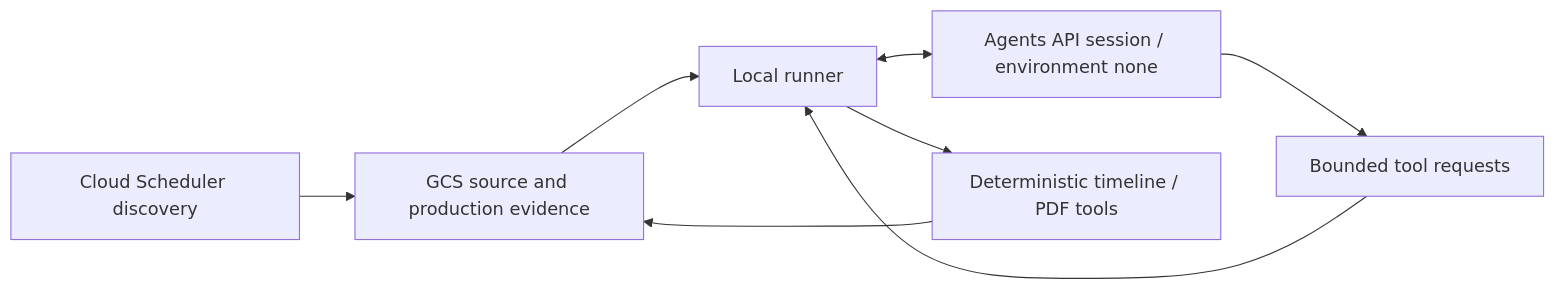
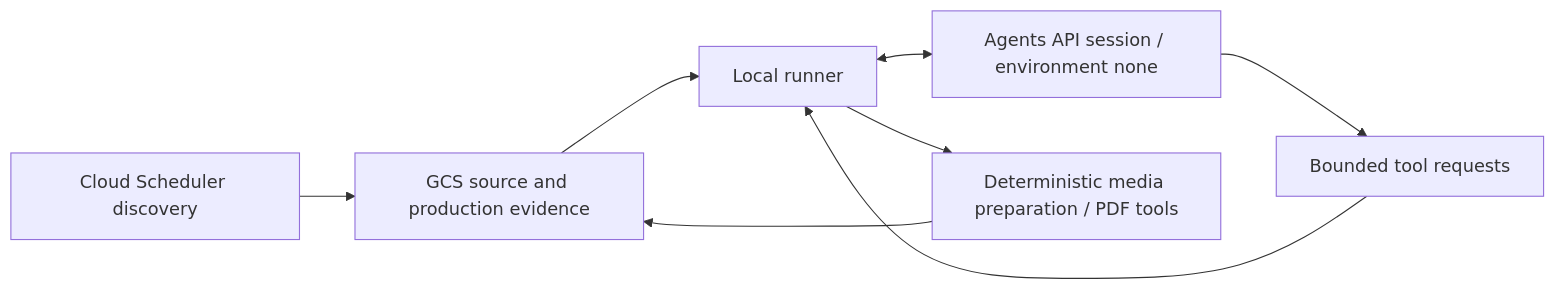
Before and after one commit to JonathanJing/sermon-video-zh-subtitles: the diagram in docs/sermon-production-supervisor-agent.md, drawn with Mermaid. The commit also changed other lines of this file and 29 other files, not shown here.

````diff
--- a/docs/sermon-production-supervisor-agent.md
+++ b/docs/sermon-production-supervisor-agent.md
@@ -23,10 +23,10 @@
 ```mermaid
 flowchart LR
     D[Cloud Scheduler discovery] --> G[GCS source and production evidence]
     L[Local runner] <--> A[Agents API session / environment none]
     A --> T[Bounded tool requests]
     T --> L
-    L --> P[Deterministic timeline / PDF tools]
+    L --> P[Deterministic media preparation / PDF tools]
     P --> G
     G --> L
 ```
````
